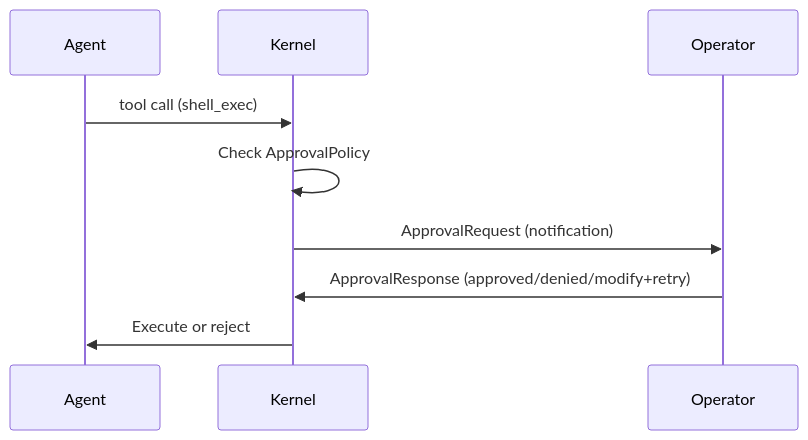
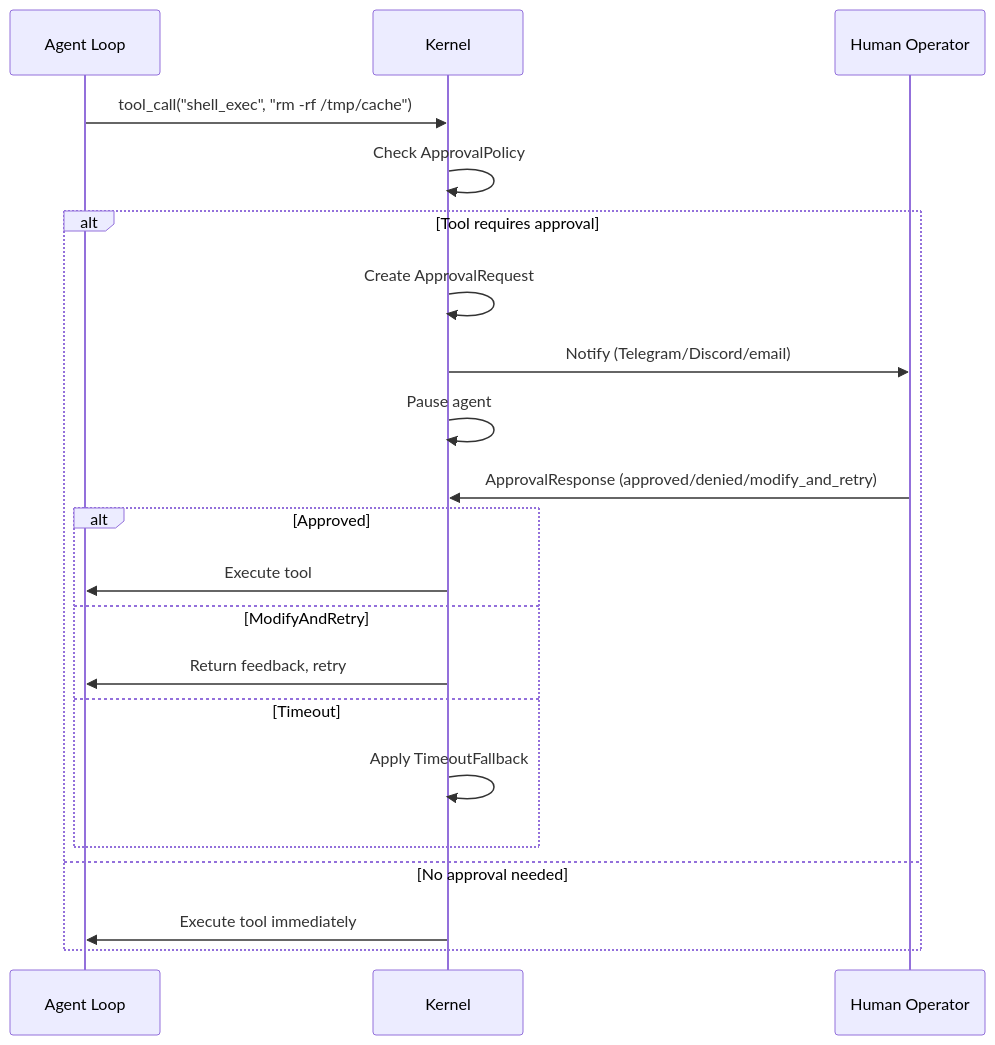
The second of 2 diagrams in core-types-configuration.md (leszek3737/librefang-WIki), drawn with Mermaid before and after one commit. The commit also changed other lines of this file and 98 other files, not shown here.

````diff
--- a/core-types-configuration.md
+++ b/core-types-configuration.md
@@ -215,12 +263,24 @@
 ```mermaid
 sequenceDiagram
-    participant Agent
-    participant Kernel
-    participant Operator
-
-    Agent->>Kernel: tool call (shell_exec)
-    Kernel->>Kernel: Check ApprovalPolicy
-    Kernel->>Operator: ApprovalRequest (notification)
-    Operator->>Kernel: ApprovalResponse (approved/denied/modify+retry)
-    Kernel->>Agent: Execute or reject
+    participant A as Agent Loop
+    participant K as Kernel
+    participant H as Human Operator
+    
+    A->>K: tool_call("shell_exec", "rm -rf /tmp/cache")
+    K->>K: Check ApprovalPolicy
+    alt Tool requires approval
+        K->>K: Create ApprovalRequest
+        K->>H: Notify (Telegram/Discord/email)
+        K->>K: Pause agent
+        H->>K: ApprovalResponse (approved/denied/modify_and_retry)
+        alt Approved
+            K->>A: Execute tool
+        else ModifyAndRetry
+            K->>A: Return feedback, retry
+        else Timeout
+            K->>K: Apply TimeoutFallback
+        end
+    else No approval needed
+        K->>A: Execute tool immediately
+    end
 ```
````
